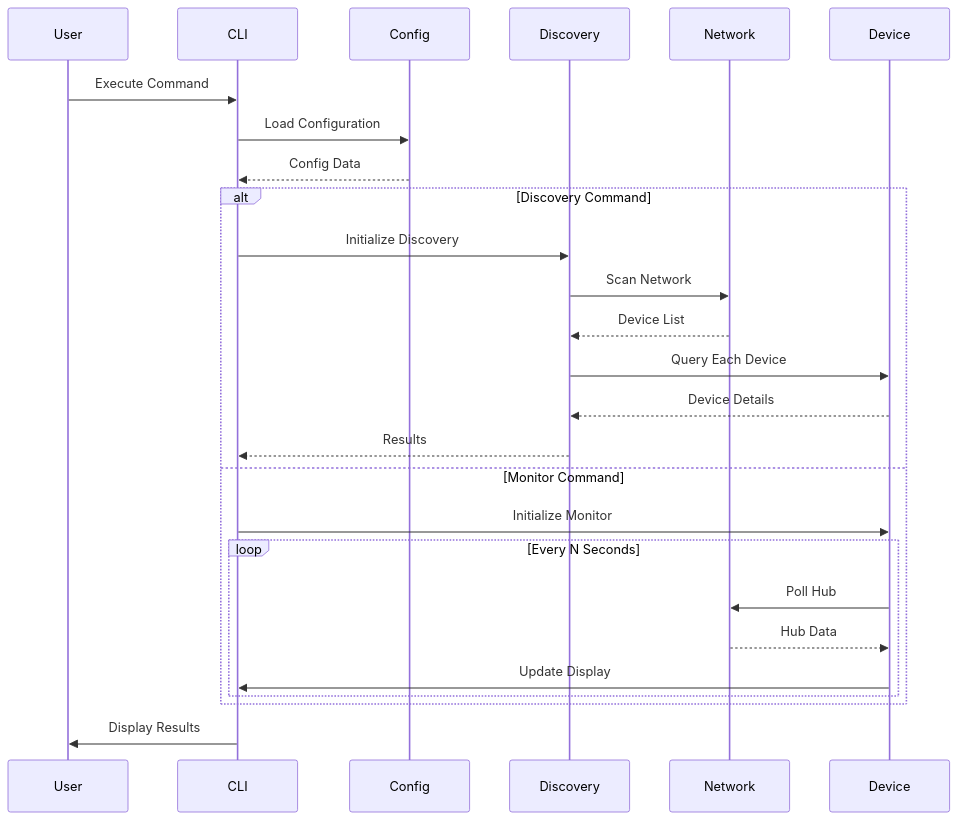
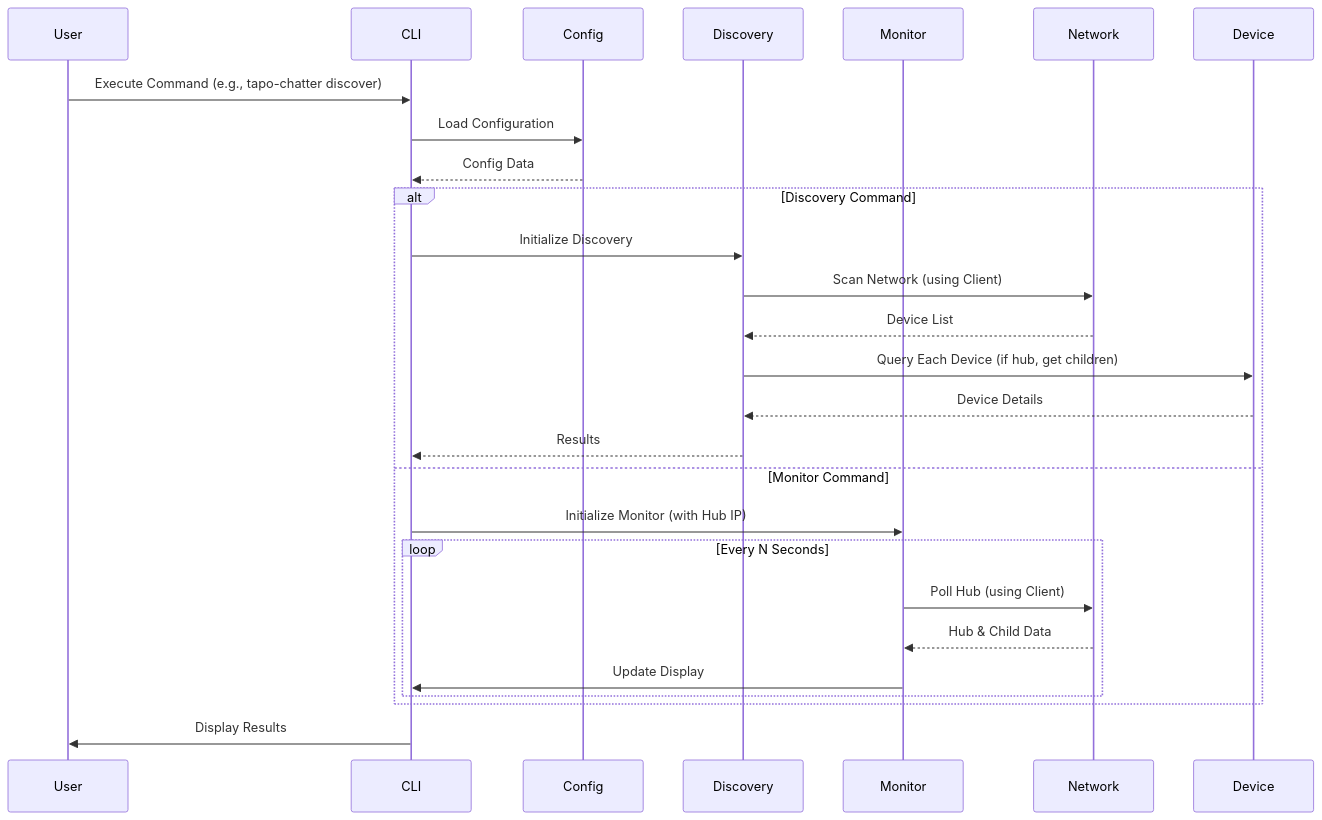
Before and after one commit to CaptainCodeAU/tapo_chatter: the second of 3 diagrams in README.md, drawn with Mermaid. The commit also changed other lines of this file, not shown here.

````diff
--- a/README.md
+++ b/README.md
@@ -78,31 +361,32 @@
 ```mermaid
 sequenceDiagram
     participant User
     participant CLI
     participant Config
     participant Discovery
+    participant Monitor
     participant Network
     participant Device
 
-    User->>CLI: Execute Command
+    User->>CLI: Execute Command (e.g., tapo-chatter discover)
     CLI->>Config: Load Configuration
     Config-->>CLI: Config Data
 
     alt Discovery Command
         CLI->>Discovery: Initialize Discovery
-        Discovery->>Network: Scan Network
+        Discovery->>Network: Scan Network (using Client)
         Network-->>Discovery: Device List
-        Discovery->>Device: Query Each Device
+        Discovery->>Device: Query Each Device (if hub, get children)
         Device-->>Discovery: Device Details
         Discovery-->>CLI: Results
     else Monitor Command
-        CLI->>Device: Initialize Monitor
+        CLI->>Monitor: Initialize Monitor (with Hub IP)
         loop Every N Seconds
-            Device->>Network: Poll Hub
-            Network-->>Device: Hub Data
-            Device->>CLI: Update Display
+            Monitor->>Network: Poll Hub (using Client)
+            Network-->>Monitor: Hub & Child Data
+            Monitor->>CLI: Update Display
         end
     end
 
     CLI->>User: Display Results
 ```
````
